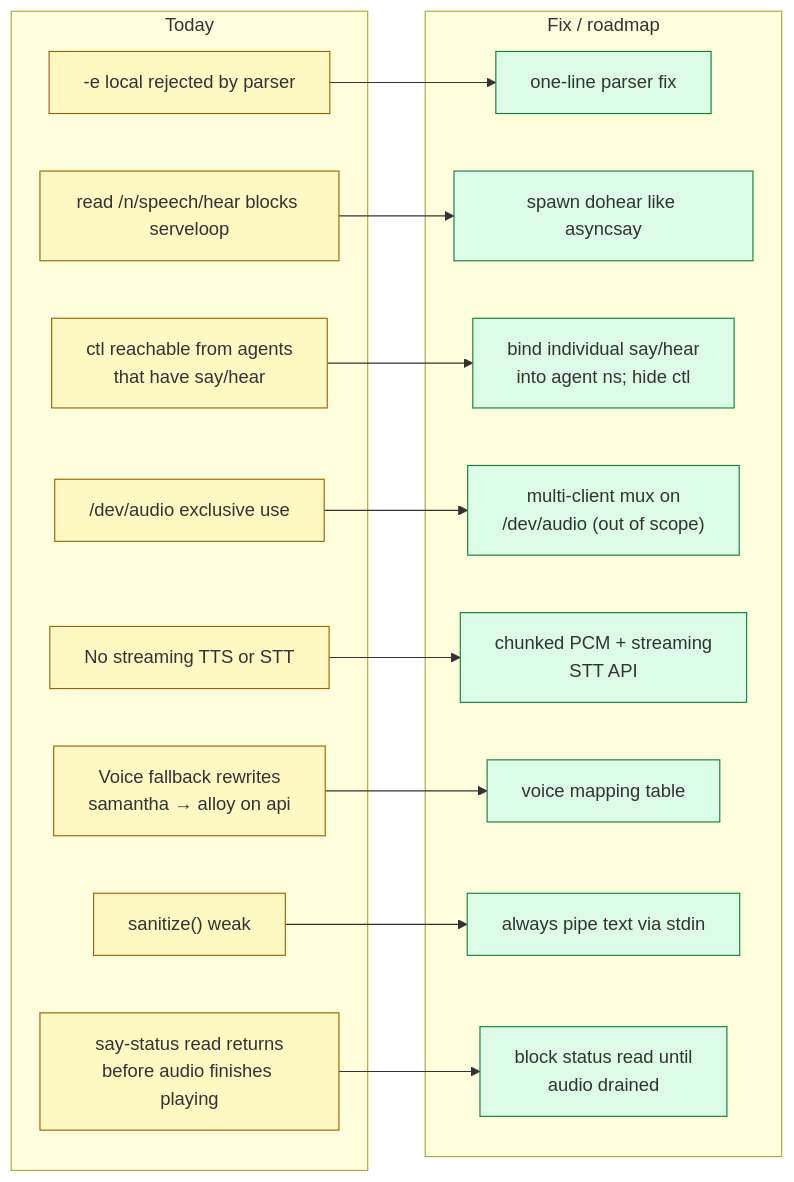
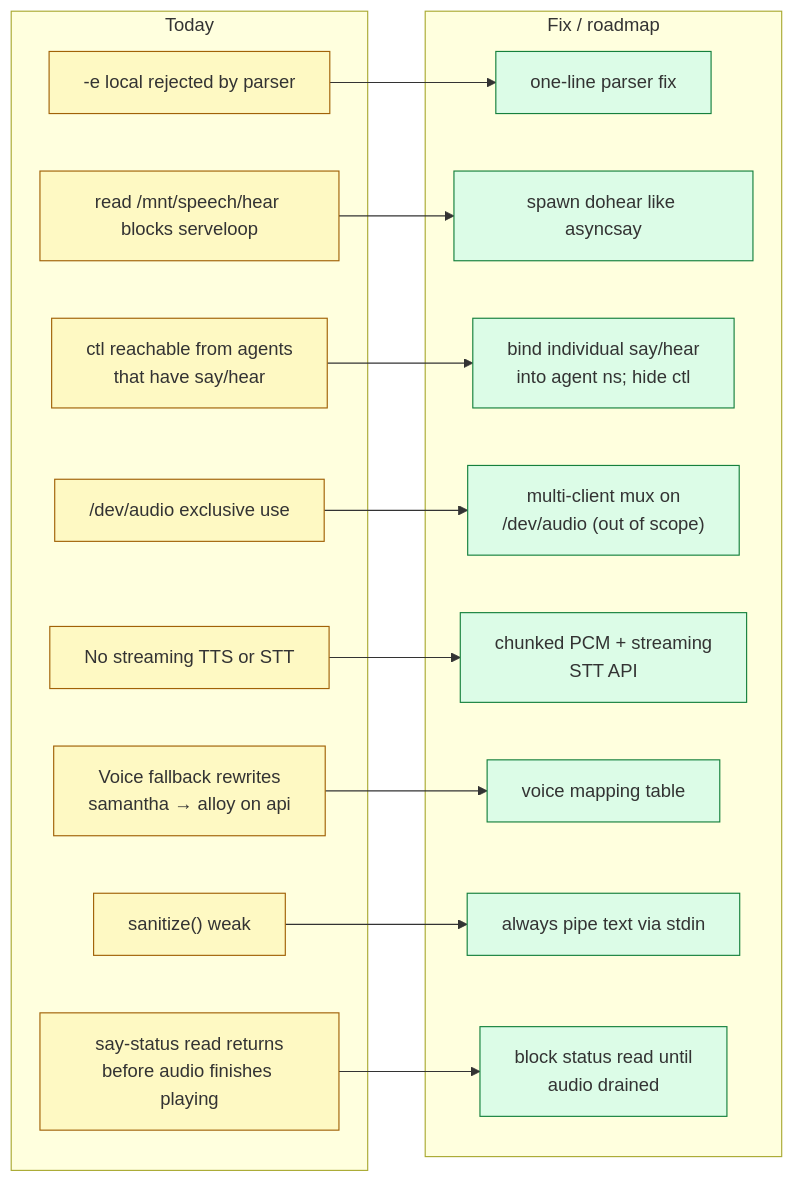
Diagram 13 of 16 in docs/SPEECH-ARCHITECTURE.md (Ticed/infernode-os), drawn with Mermaid before and after one commit. The commit also changed other lines of this file and 66 other files, not shown here.

````diff
--- a/docs/SPEECH-ARCHITECTURE.md
+++ b/docs/SPEECH-ARCHITECTURE.md
@@ -773,37 +773,37 @@
 ```mermaid
 flowchart LR
     subgraph today["Today"]
         l1["-e local rejected by parser"]
-        l2["read /n/speech/hear blocks serveloop"]
+        l2["read /mnt/speech/hear blocks serveloop"]
         l3["ctl reachable from agents<br/>that have say/hear"]
         l4["/dev/audio exclusive use"]
         l5["No streaming TTS or STT"]
         l6["Voice fallback rewrites<br/>samantha → alloy on api"]
         l7["sanitize() weak"]
         l8["say-status read returns<br/>before audio finishes playing"]
     end
     subgraph fix["Fix / roadmap"]
         f1["one-line parser fix"]
         f2["spawn dohear like asyncsay"]
         f3["bind individual say/hear<br/>into agent ns; hide ctl"]
         f4["multi-client mux on<br/>/dev/audio (out of scope)"]
         f5["chunked PCM + streaming<br/>STT API"]
         f6["voice mapping table"]
         f7["always pipe text via stdin"]
         f8["block status read until<br/>audio drained"]
     end
 
     l1 --> f1
     l2 --> f2
     l3 --> f3
     l4 --> f4
     l5 --> f5
     l6 --> f6
     l7 --> f7
     l8 --> f8
 
     classDef cur fill:#fef9c3,stroke:#a16207
     classDef good fill:#dcfce7,stroke:#15803d
     class l1,l2,l3,l4,l5,l6,l7,l8 cur
     class f1,f2,f3,f4,f5,f6,f7,f8 good
 ```
````
